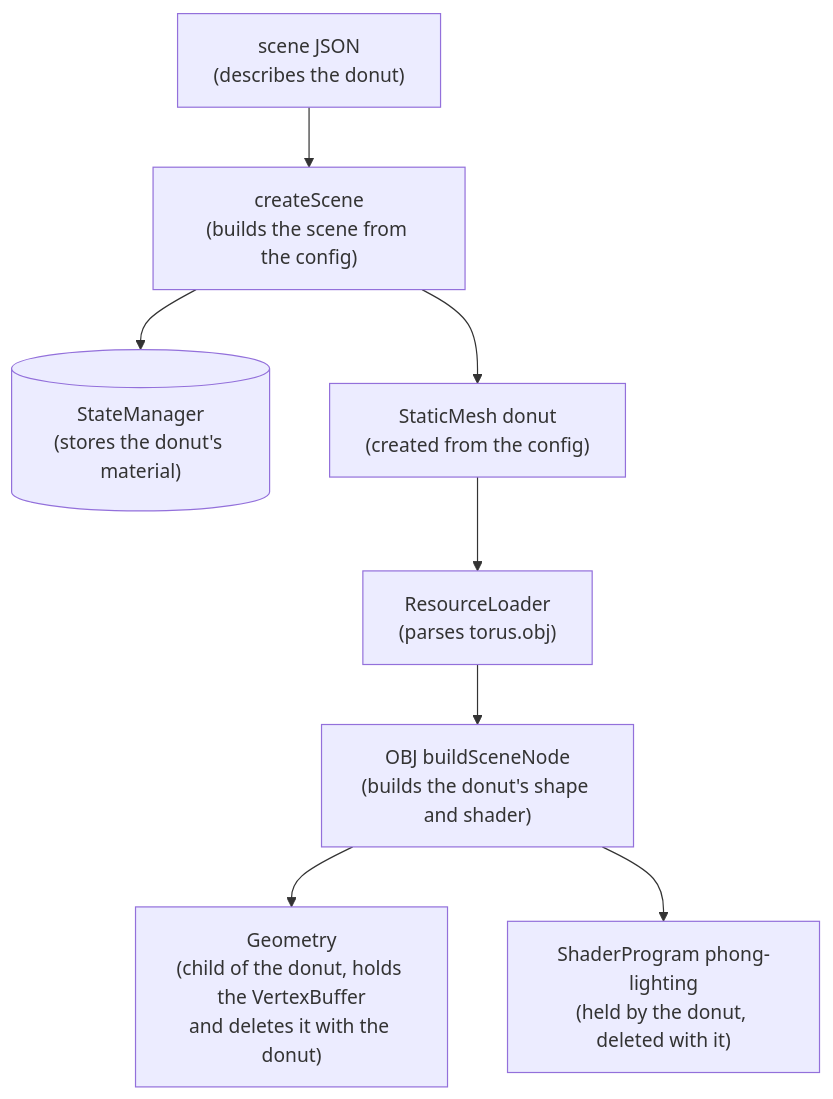
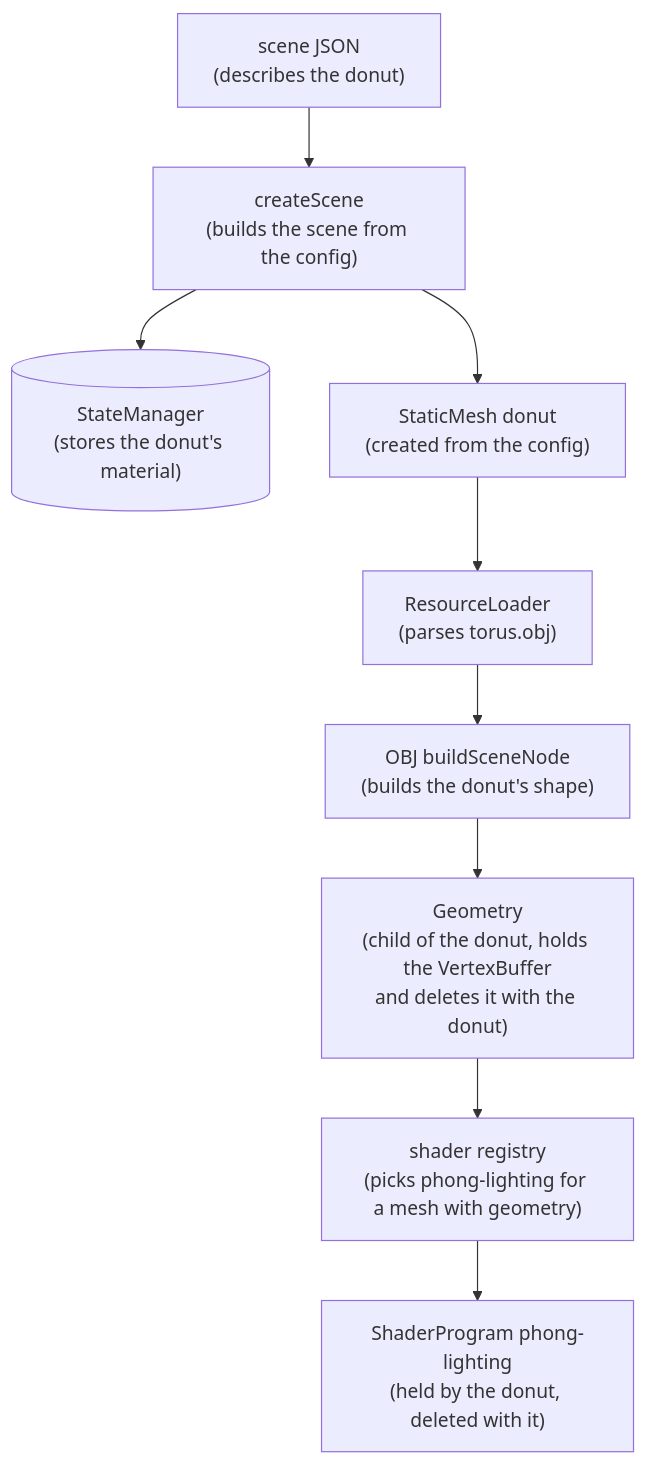
Before and after one commit to MiguelCastillo/scenic: the first of 2 diagrams in README.md, drawn with Mermaid. The commit also changed other lines of this file and 18 other files, not shown here.

````diff
--- a/README.md
+++ b/README.md
@@ -254,19 +254,21 @@
 ```mermaid
 flowchart TB
   config["scene JSON<br/>(describes the donut)"]
   factory["createScene<br/>(builds the scene from the config)"]
   state[("StateManager<br/>(stores the donut's material)")]
   mesh["StaticMesh donut<br/>(created from the config)"]
   loader["ResourceLoader<br/>(parses torus.obj)"]
-  build["OBJ buildSceneNode<br/>(builds the donut's shape and shader)"]
+  build["OBJ buildSceneNode<br/>(builds the donut's shape)"]
   geometry["Geometry<br/>(child of the donut, holds the VertexBuffer<br/>and deletes it with the donut)"]
+  registry["shader registry<br/>(picks phong-lighting for a mesh with geometry)"]
   program["ShaderProgram phong-lighting<br/>(held by the donut, deleted with it)"]
 
   config --> factory
   factory --> state
   factory --> mesh
   mesh --> loader
   loader --> build
   build --> geometry
-  build --> program
+  geometry --> registry
+  registry --> program
 ```
````
